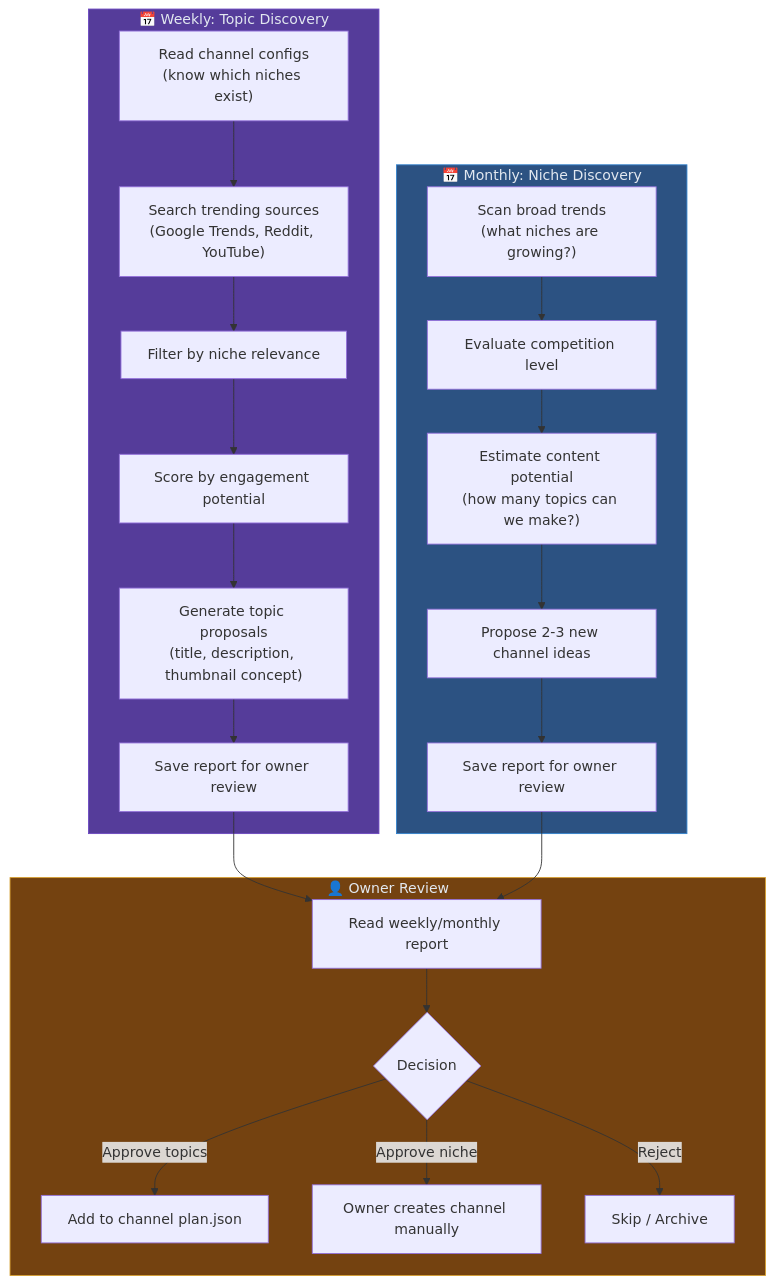
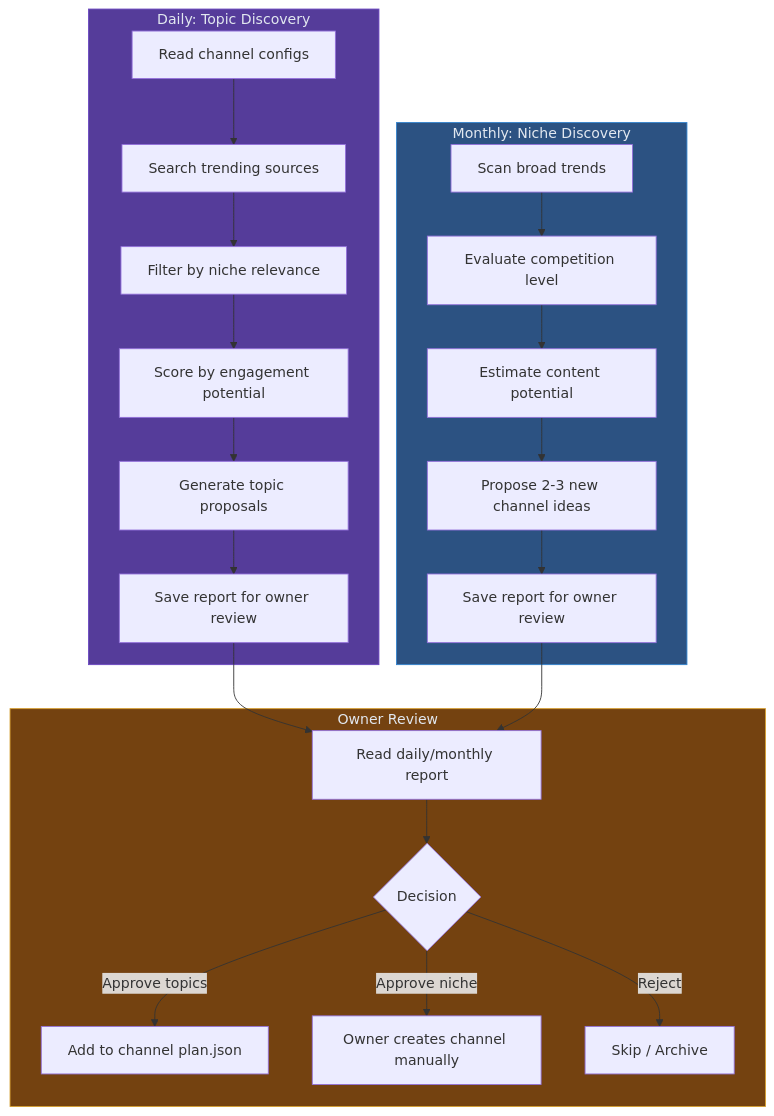
One commit to AbhinandanPun/dinopedia changed the diagram in specs/spec-06-trend-agent.md. Above: the diagram before and after it, drawn with Mermaid. The commit also changed other lines of this file and 5 other files, not shown here.

Commit message:
docs: align specifications with owner decisions on TTS and daily research

````diff
--- a/specs/spec-06-trend-agent.md
+++ b/specs/spec-06-trend-agent.md
@@ -28,31 +28,31 @@
 ```mermaid
 flowchart TD
-    subgraph WeeklyRun["📅 Weekly: Topic Discovery"]
-        W1["Read channel configs\n(know which niches exist)"] --> W2["Search trending sources\n(Google Trends, Reddit, YouTube)"]
+    subgraph DailyRun["Daily: Topic Discovery"]
+        W1["Read channel configs"] --> W2["Search trending sources"]
         W2 --> W3["Filter by niche relevance"]
         W3 --> W4["Score by engagement potential"]
-        W4 --> W5["Generate topic proposals\n(title, description, thumbnail concept)"]
+        W4 --> W5["Generate topic proposals"]
         W5 --> W6["Save report for owner review"]
     end
 
-    subgraph MonthlyRun["📅 Monthly: Niche Discovery"]
-        M1["Scan broad trends\n(what niches are growing?)"] --> M2["Evaluate competition level"]
-        M2 --> M3["Estimate content potential\n(how many topics can we make?)"]
+    subgraph MonthlyRun["Monthly: Niche Discovery"]
+        M1["Scan broad trends"] --> M2["Evaluate competition level"]
+        M2 --> M3["Estimate content potential"]
         M3 --> M4["Propose 2-3 new channel ideas"]
         M4 --> M5["Save report for owner review"]
     end
 
-    subgraph OwnerFlow["👤 Owner Review"]
-        O1["Read weekly/monthly report"] --> O2{Decision}
+    subgraph OwnerFlow["Owner Review"]
+        O1["Read daily/monthly report"] --> O2{"Decision"}
         O2 -->|"Approve topics"| O3["Add to channel plan.json"]
         O2 -->|"Approve niche"| O4["Owner creates channel manually"]
         O2 -->|"Reject"| O5["Skip / Archive"]
     end
 
     W6 --> O1
     M5 --> O1
 
-    style WeeklyRun fill:#553c9a,stroke:#6b46c1,color:#e2e8f0
+    style DailyRun fill:#553c9a,stroke:#6b46c1,color:#e2e8f0
     style MonthlyRun fill:#2c5282,stroke:#3182ce,color:#e2e8f0
     style OwnerFlow fill:#744210,stroke:#d69e2e,color:#e2e8f0
 ```
````
